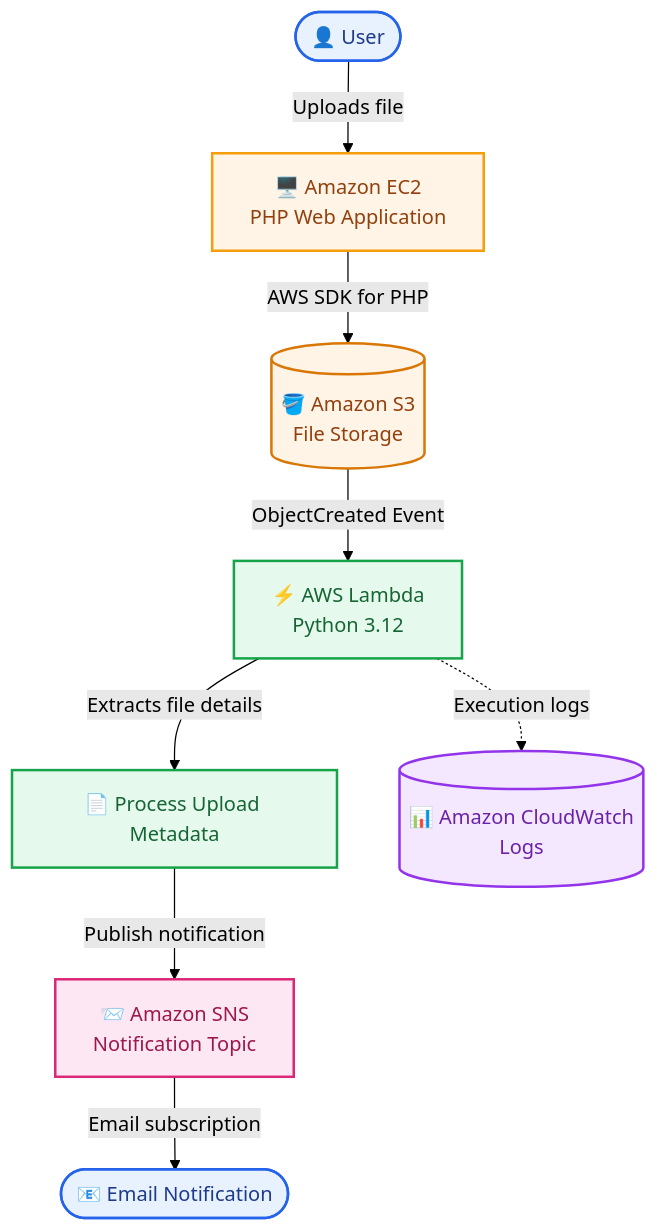
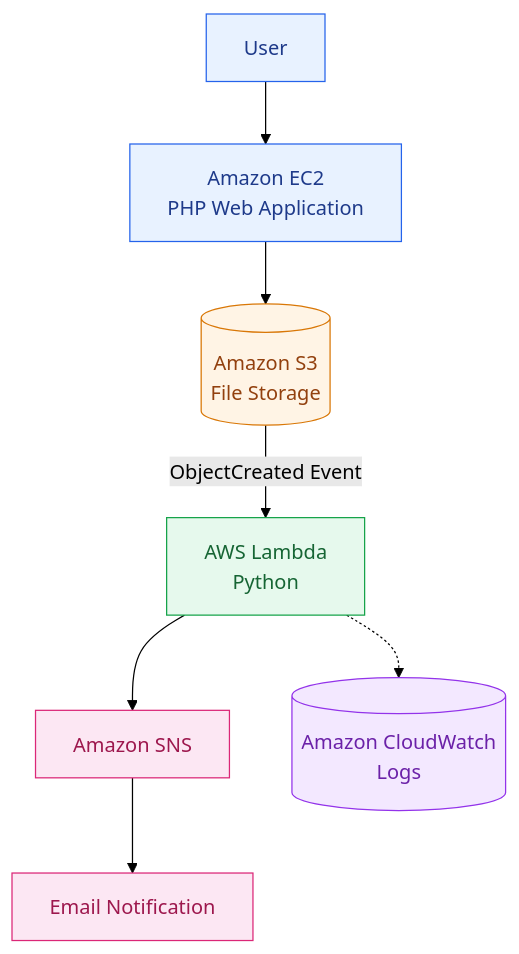
Before and after one commit to SAI-GODGE/AWS-Event-Driven-File-Upload-Notification-System: the first of 2 diagrams in README.md, drawn with Mermaid (forest theme). The commit also changed other lines of this file, not shown here.

````diff
--- a/README.md
+++ b/README.md
@@ -26,30 +26,22 @@
 ```mermaid
 flowchart TD
-    U(["👤 User"]) -->|"Uploads file"| EC2["🖥️ Amazon EC2<br/>PHP Web Application"]
+    A["User"] --> B["Amazon EC2<br/>PHP Web Application"]
+    B --> C[("Amazon S3<br/>File Storage")]
+    C -->|"ObjectCreated Event"| D["AWS Lambda<br/>Python"]
+    D --> E["Amazon SNS"]
+    E --> F["Email Notification"]
 
-    EC2 -->|"AWS SDK for PHP"| S3[("🪣 Amazon S3<br/>File Storage")]
+    D -.-> G[("Amazon CloudWatch<br/>Logs")]
 
-    S3 -->|"ObjectCreated Event"| Lambda["⚡ AWS Lambda<br/>Python 3.12"]
+    classDef app fill:#E8F2FF,stroke:#2563EB,color:#1E3A8A
+    classDef storage fill:#FFF4E5,stroke:#D97706,color:#92400E
+    classDef compute fill:#E6F9ED,stroke:#16A34A,color:#166534
+    classDef messaging fill:#FCE7F3,stroke:#DB2777,color:#9D174D
+    classDef monitoring fill:#F3E8FF,stroke:#9333EA,color:#6B21A8
 
-    Lambda -->|"Extracts file details"| Process["📄 Process Upload Metadata"]
-
-    Process -->|"Publish notification"| SNS["📨 Amazon SNS<br/>Notification Topic"]
-
-    SNS -->|"Email subscription"| Email(["📧 Email Notification"])
-
-    Lambda -.->|"Execution logs"| CW[("📊 Amazon CloudWatch<br/>Logs")]
-
-    classDef user fill:#E8F2FF,stroke:#2563EB,color:#1E3A8A,stroke-width:2px
-    classDef compute fill:#FFF4E5,stroke:#F59E0B,color:#92400E,stroke-width:2px
-    classDef storage fill:#FFF4E5,stroke:#D97706,color:#92400E,stroke-width:2px
-    classDef serverless fill:#E6F9ED,stroke:#16A34A,color:#166534,stroke-width:2px
-    classDef messaging fill:#FCE7F3,stroke:#DB2777,color:#9D174D,stroke-width:2px
-    classDef monitoring fill:#F3E8FF,stroke:#9333EA,color:#6B21A8,stroke-width:2px
-
-    class U,Email user
-    class EC2 compute
-    class S3 storage
-    class Lambda,Process serverless
-    class SNS messaging
-    class CW monitoring
+    class A,B app
+    class C storage
+    class D compute
+    class E,F messaging
+    class G monitoring
 ```
````
